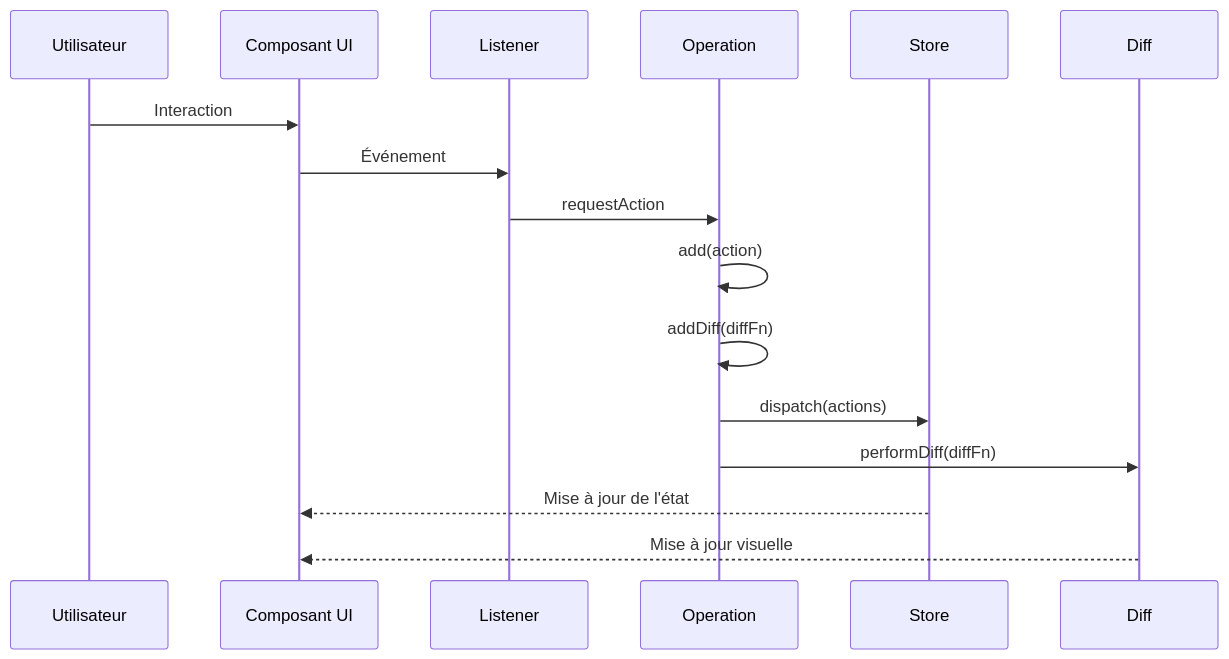
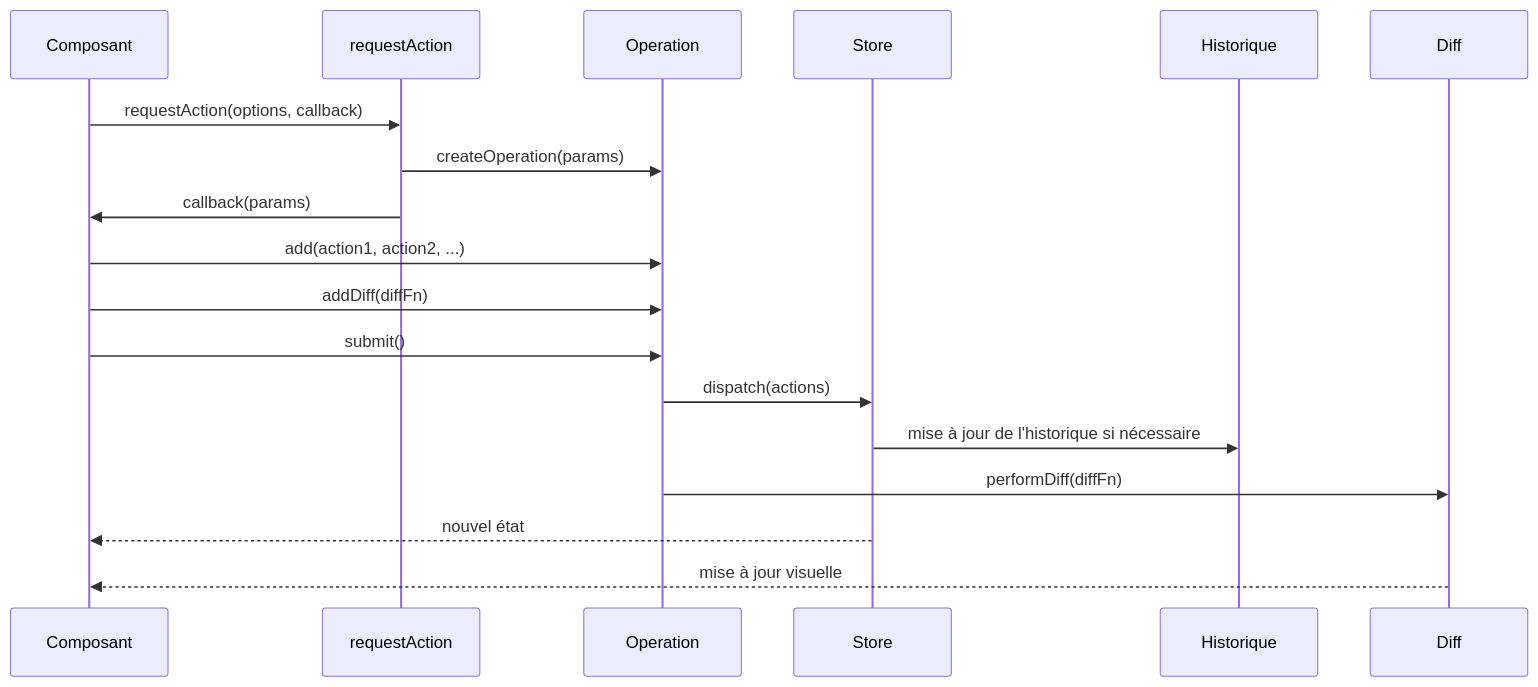
Before and after one commit to yannloosli/karmyc: diagram 18 of 26 in TechnicalAnalysis.md, drawn with Mermaid. The commit also changed other lines of this file and 2 other files, not shown here.

Commit message:
data flow analysis done

````diff
--- a/TechnicalAnalysis.md
+++ b/TechnicalAnalysis.md
@@ -445,19 +629,21 @@
 ```mermaid
 sequenceDiagram
-    participant U as Utilisateur
-    participant C as Composant UI
-    participant L as Listener
+    participant C as Composant
+    participant R as requestAction
     participant O as Operation
     participant S as Store
+    participant H as Historique
     participant D as Diff
     
-    U->>C: Interaction
-    C->>L: Événement
-    L->>O: requestAction
-    O->>O: add(action)
-    O->>O: addDiff(diffFn)
+    C->>R: requestAction(options, callback)
+    R->>O: createOperation(params)
+    R->>C: callback(params)
+    C->>O: add(action1, action2, ...)
+    C->>O: addDiff(diffFn)
+    C->>O: submit()
     O->>S: dispatch(actions)
+    S->>H: mise à jour de l'historique si nécessaire
     O->>D: performDiff(diffFn)
-    S-->>C: Mise à jour de l'état
-    D-->>C: Mise à jour visuelle
+    S-->>C: nouvel état
+    D-->>C: mise à jour visuelle
 ```
````
